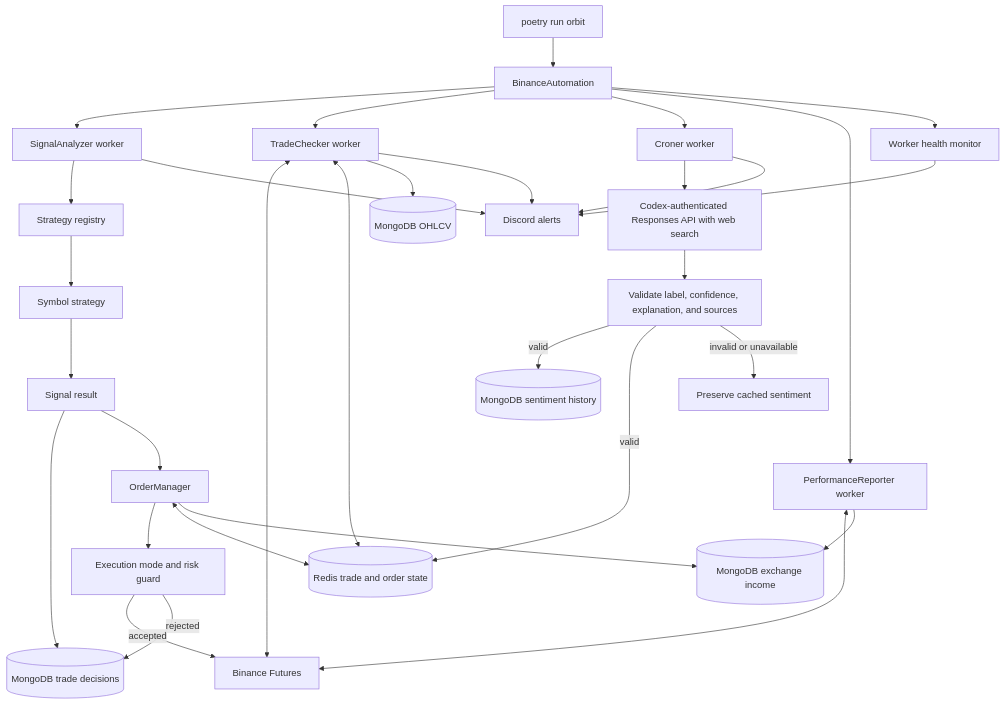
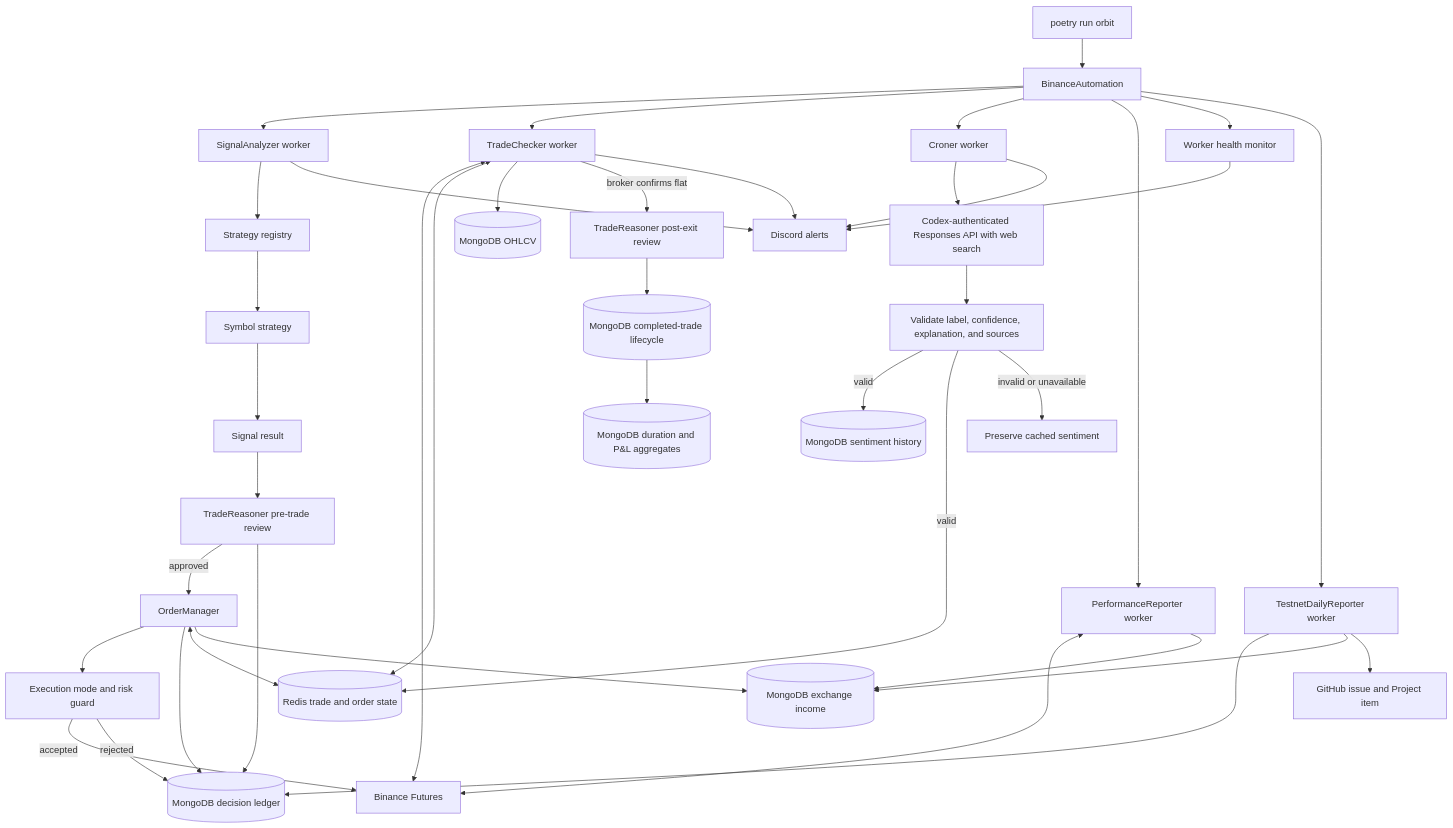
Before and after one commit to B-Lens/Orbit: the diagram in docs/architecture/core_module_flowchart.md, drawn with Mermaid. The commit also changed other lines of this file and 1 other file, not shown here.

Commit message:
docs: align architecture with trade lifecycle (#626)

````diff
--- a/docs/architecture/core_module_flowchart.md
+++ b/docs/architecture/core_module_flowchart.md
@@ -5,40 +5,50 @@
 ```mermaid
 flowchart TD
     Start[poetry run orbit] --> Main[BinanceAutomation]
 
     Main --> Signal[SignalAnalyzer worker]
     Main --> Checker[TradeChecker worker]
     Main --> Cron[Croner worker]
     Main --> Reporter[PerformanceReporter worker]
     Main --> Monitor[Worker health monitor]
 
     Signal --> Registry[Strategy registry]
     Registry --> Strategy[Symbol strategy]
     Strategy --> Result[Signal result]
-    Result --> Decision[(MongoDB trade decisions)]
-    Result --> Orders[OrderManager]
+    Result --> EntryReview[TradeReasoner pre-trade review]
+    EntryReview -->|approved| Orders[OrderManager]
+    EntryReview --> Decision[(MongoDB decision ledger)]
 
     Orders --> Risk[Execution mode and risk guard]
     Risk -->|accepted| Binance[Binance Futures]
     Risk -->|rejected| Decision
+    Orders --> Decision
     Orders <--> State[(Redis trade and order state)]
     Orders --> Income[(MongoDB exchange income)]
 
     Checker <--> Binance
     Checker <--> State
     Checker --> MarketData[(MongoDB OHLCV)]
+    Checker -->|broker confirms flat| ExitReview[TradeReasoner post-exit review]
+    ExitReview --> Lifecycle[(MongoDB completed-trade lifecycle)]
+    Lifecycle --> Aggregates[(MongoDB duration and P&L aggregates)]
 
     Cron --> Codex[Codex-authenticated Responses API with web search]
     Codex --> Validate[Validate label, confidence, explanation, and sources]
     Validate -->|valid| SentimentDB[(MongoDB sentiment history)]
     Validate -->|valid| State
     Validate -->|invalid or unavailable| Preserve[Preserve cached sentiment]
 
     Reporter <--> Binance
     Reporter --> Income
 
+    Main --> Daily[TestnetDailyReporter worker]
+    Daily --> Decision
+    Daily --> Income
+    Daily --> Project[GitHub issue and Project item]
+
     Monitor --> Alerts[Discord alerts]
     Signal --> Alerts
     Checker --> Alerts
     Cron --> Alerts
 ```
````
